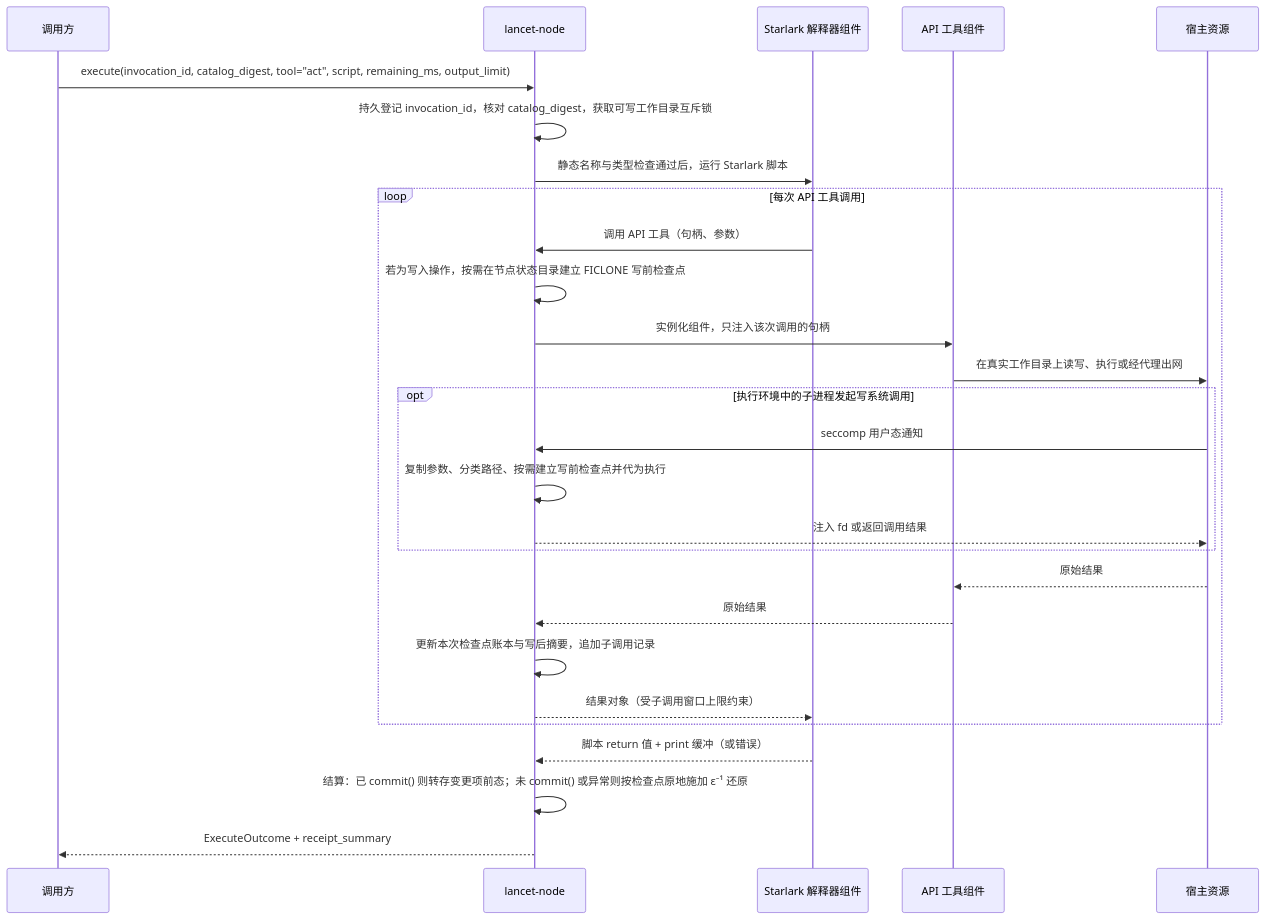
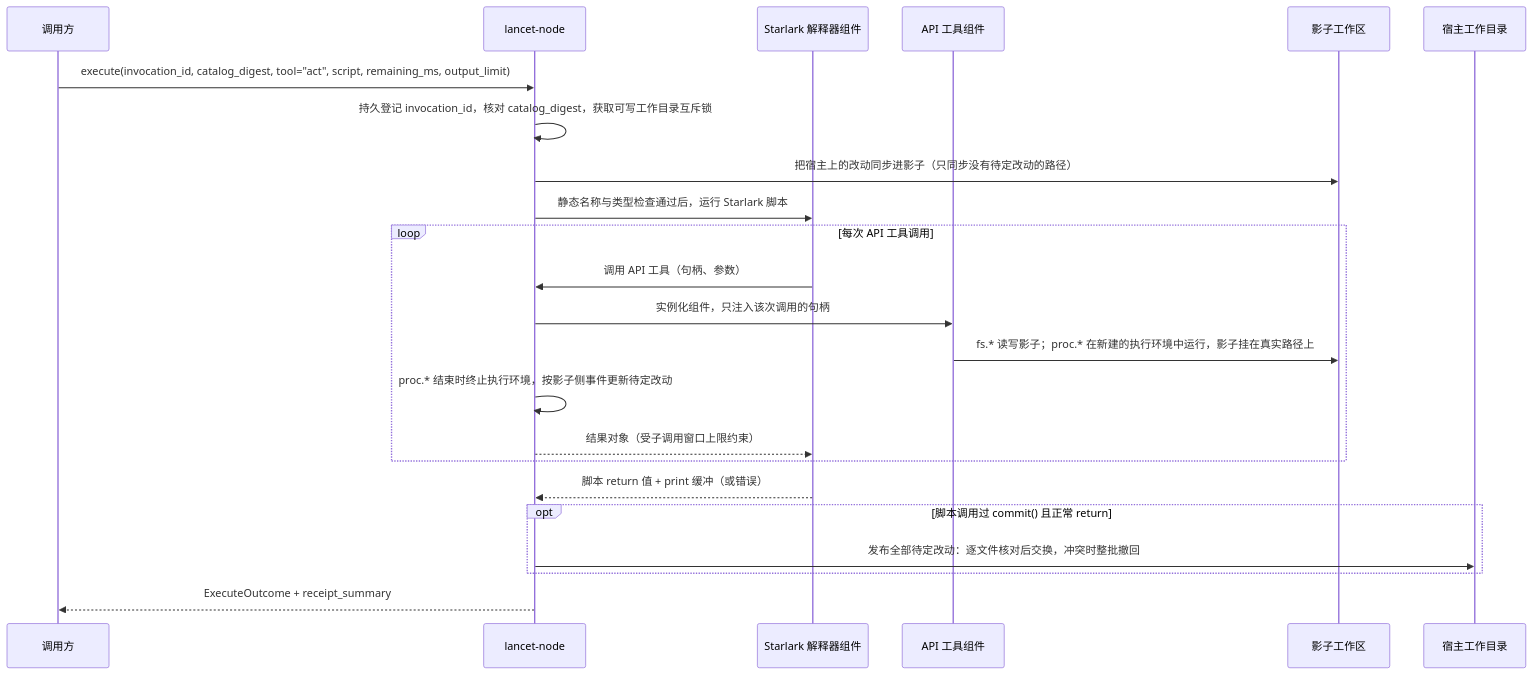
The diagram in docs/adr/0002-lancet-node-api-tools-and-act.md (Skyline10124/lancet), drawn with Mermaid before and after one commit. The commit also changed other lines of this file and 1 other file, not shown here.

````diff
--- a/docs/adr/0002-lancet-node-api-tools-and-act.md
+++ b/docs/adr/0002-lancet-node-api-tools-and-act.md
@@ -213,29 +240,25 @@
 ```mermaid
 sequenceDiagram
     participant C as 调用方
     participant N as lancet-node
     participant I as Starlark 解释器组件
     participant T as API 工具组件
-    participant R as 宿主资源
+    participant S as 影子工作区
+    participant H as 宿主工作目录
     C->>N: execute(invocation_id, catalog_digest, tool="act", script, remaining_ms, output_limit)
     N->>N: 持久登记 invocation_id，核对 catalog_digest，获取可写工作目录互斥锁
+    N->>S: 把宿主上的改动同步进影子（只同步没有待定改动的路径）
     N->>I: 静态名称与类型检查通过后，运行 Starlark 脚本
     loop 每次 API 工具调用
         I->>N: 调用 API 工具（句柄、参数）
-        N->>N: 若为写入操作，按需在节点状态目录建立 FICLONE 写前检查点
         N->>T: 实例化组件，只注入该次调用的句柄
-        T->>R: 在真实工作目录上读写、执行或经代理出网
-        opt 执行环境中的子进程发起写系统调用
-            R->>N: seccomp 用户态通知
-            N->>N: 复制参数、分类路径、按需建立写前检查点并代为执行
-            N-->>R: 注入 fd 或返回调用结果
-        end
-        R-->>T: 原始结果
-        T-->>N: 原始结果
-        N->>N: 更新本次检查点账本与写后摘要，追加子调用记录
+        T->>S: fs.* 读写影子；proc.* 在新建的执行环境中运行，影子挂在真实路径上
+        N->>N: proc.* 结束时终止执行环境，按影子侧事件更新待定改动
         N-->>I: 结果对象（受子调用窗口上限约束）
     end
     I-->>N: 脚本 return 值 + print 缓冲（或错误）
-    N->>N: 结算：已 commit() 则转存变更项前态；未 commit() 或异常则按检查点原地施加 ε⁻¹ 还原
+    opt 脚本调用过 commit() 且正常 return
+        N->>H: 发布全部待定改动：逐文件核对后交换，冲突时整批撤回
+    end
     N-->>C: ExecuteOutcome + receipt_summary
 ```
````
